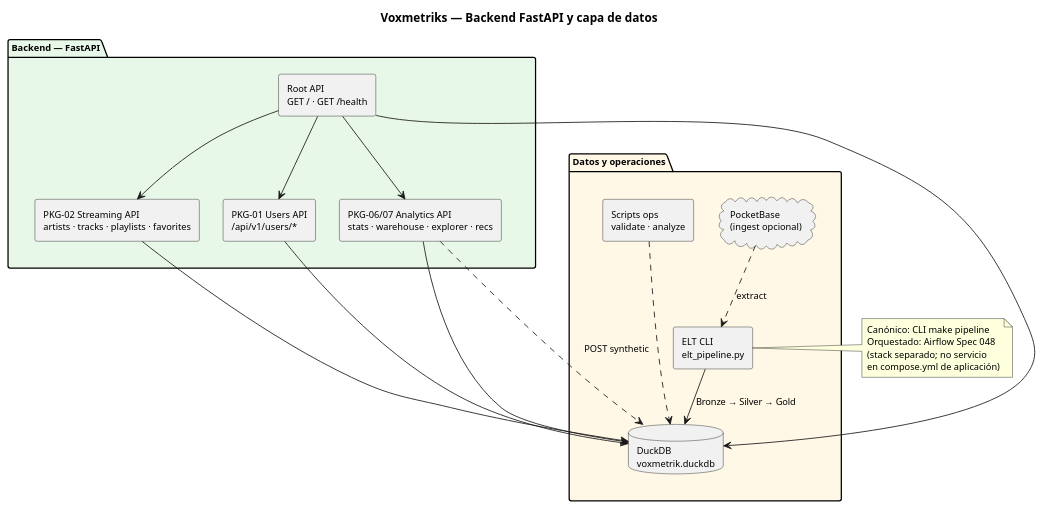
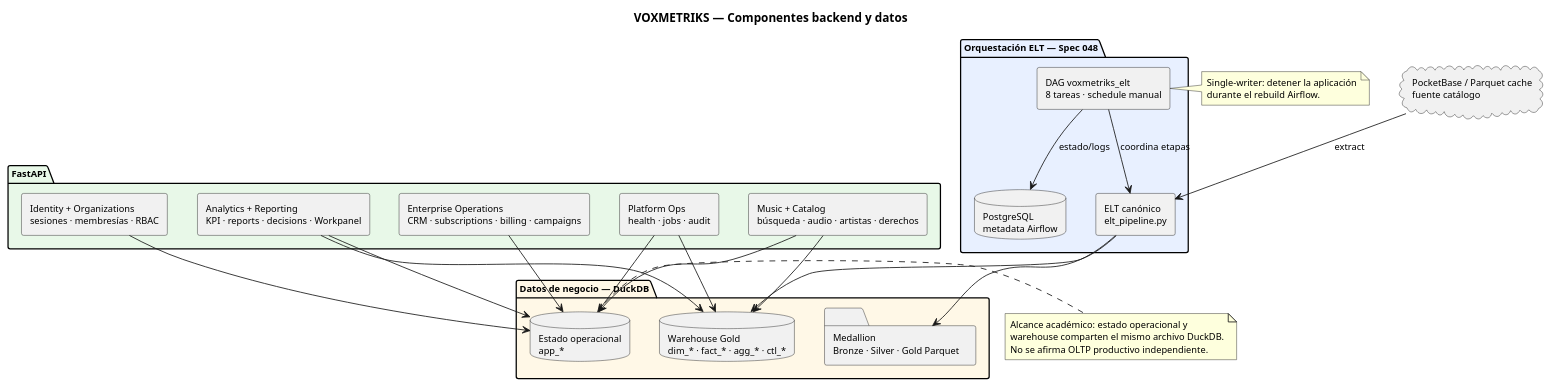
The diagram in docs/uml/components/02b-components-backend-datos.puml (JosephACS/VOXMETRIKS), drawn with PlantUML before and after one commit. The commit also changed 34 other files, not shown here.

```diff
--- a/docs/uml/components/02b-components-backend-datos.puml
+++ b/docs/uml/components/02b-components-backend-datos.puml
@@ -1,61 +1,55 @@
 @startuml voxmetriks-components-backend-datos
-' Backend FastAPI + Datos — entrega GA07, figura 16b
-' Layout vertical: Backend arriba, Datos abajo (hidden link fuerza apilado)
-
 skinparam componentStyle rectangle
 skinparam defaultFontSize 11
-skinparam nodesep 28
-skinparam ranksep 40
 top to bottom direction
 
-title Voxmetriks — Backend FastAPI y capa de datos
+title VOXMETRIKS — Componentes backend y datos
 
-package "Backend — FastAPI" as BE #E8F8E8 {
-
-  component "Root API\nGET / · GET /health" as Root
-
-  together {
-    component "PKG-01 Users API\n/api/v1/users/*" as BE01
-    component "PKG-02 Streaming API\nartists · tracks · playlists · favorites" as BE02
-    component "PKG-06/07 Analytics API\nstats · warehouse · explorer · recs" as BE67
-  }
-
-  Root -down-> BE01
-  Root -down-> BE02
-  Root -down-> BE67
+package "FastAPI" as API #E8F8E8 {
+  component "Identity + Organizations\nsesiones · membresías · RBAC" as Identity
+  component "Music + Catalog\nbúsqueda · audio · artistas · derechos" as Music
+  component "Enterprise Operations\nCRM · subscriptions · billing · campaigns" as Enterprise
+  component "Analytics + Reporting\nKPI · reports · decisions · Workpanel" as Analytics
+  component "Platform Ops\nhealth · jobs · audit" as Ops
 }
 
-package "Datos y operaciones" as Data #FFF8E7 {
-
-  together {
-    database "DuckDB\nvoxmetrik.duckdb" as DB
-    component "ELT CLI\nelt_pipeline.py" as ELT
-  }
-
-  together {
-    component "Scripts ops\nvalidate · analyze" as Ops
-    cloud "PocketBase\n(ingest opcional)" as PB
-  }
+package "Datos de negocio — DuckDB" as BusinessData #FFF8E7 {
+  database "Estado operacional\napp_*" as AppDB
+  database "Warehouse Gold\ndim_* · fact_* · agg_* · ctl_*" as Warehouse
+  folder "Medallion\nBronze · Silver · Gold Parquet" as Parquet
 }
 
-' Apila Backend sobre Datos (no lado a lado)
-BE -[hidden]down-> Data
+package "Orquestación ELT — Spec 048" as Orchestration #E8F0FF {
+  component "DAG voxmetriks_elt\n8 tareas · schedule manual" as DAG
+  component "ELT canónico\nelt_pipeline.py" as ELT
+  database "PostgreSQL\nmetadata Airflow" as AirflowMeta
+}
 
-BE01 -down-> DB
-BE02 -down-> DB
-BE67 -down-> DB
-Root -down-> DB
+cloud "PocketBase / Parquet cache\nfuente catálogo" as Source
 
-PB ..> ELT : extract
-ELT -down-> DB : Bronze → Silver → Gold
-Ops ..> DB
-BE67 ..> DB : POST synthetic
+Identity --> AppDB
+Music --> AppDB
+Music --> Warehouse
+Enterprise --> AppDB
+Analytics --> AppDB
+Analytics --> Warehouse
+Ops --> AppDB
+Ops --> Warehouse
 
-note right of ELT
-  Canónico: CLI make pipeline
-  Orquestado: Airflow Spec 048
-  (stack separado; no servicio
-  en compose.yml de aplicación)
+Source --> ELT : extract
+DAG --> ELT : coordina etapas
+DAG --> AirflowMeta : estado/logs
+ELT --> Parquet
+ELT --> Warehouse
+
+note right of AppDB
+  Alcance académico: estado operacional y
+  warehouse comparten el mismo archivo DuckDB.
+  No se afirma OLTP productivo independiente.
 end note
 
+note right of DAG
+  Single-writer: detener la aplicación
+  durante el rebuild Airflow.
+end note
 @enduml
```
